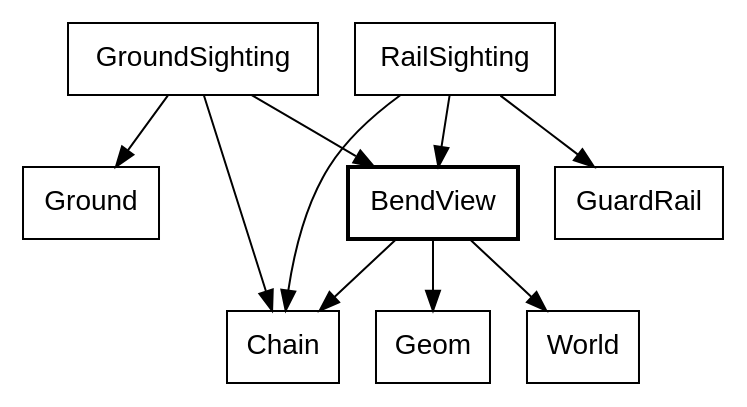
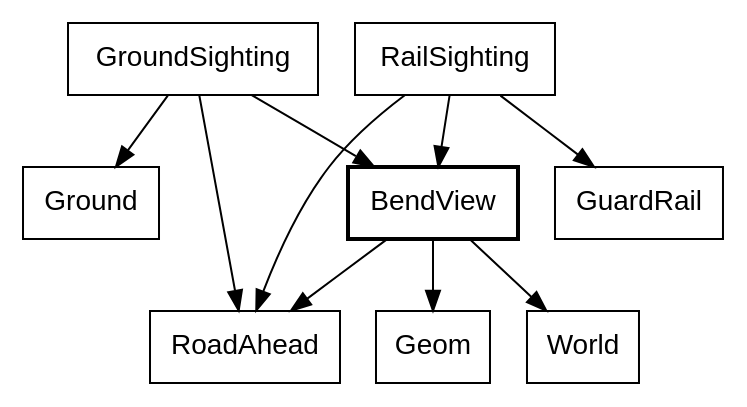
The tenth of 34 diagrams in canvas_apps/safari/tutorial/tutorial.md (showell/roc-apps), drawn with Graphviz before and after one commit. The commit also changed other lines of this file, not shown here.

First line of the commit message:
book: the road ahead, where the prose said the chain

````diff
--- a/canvas_apps/safari/tutorial/tutorial.md
+++ b/canvas_apps/safari/tutorial/tutorial.md
@@ -845,15 +845,15 @@
 ```dot
 digraph road {
   node [shape=box, fontname="Helvetica"];
   BendView [style=bold];
   GroundSighting -> BendView;
   RailSighting -> BendView;
   GroundSighting -> Ground;
   RailSighting -> GuardRail;
-  GroundSighting -> Chain;
-  RailSighting -> Chain;
-  BendView -> Chain;
+  GroundSighting -> RoadAhead;
+  RailSighting -> RoadAhead;
+  BendView -> RoadAhead;
   BendView -> Geom;
   BendView -> World;
 }
 ```
````
